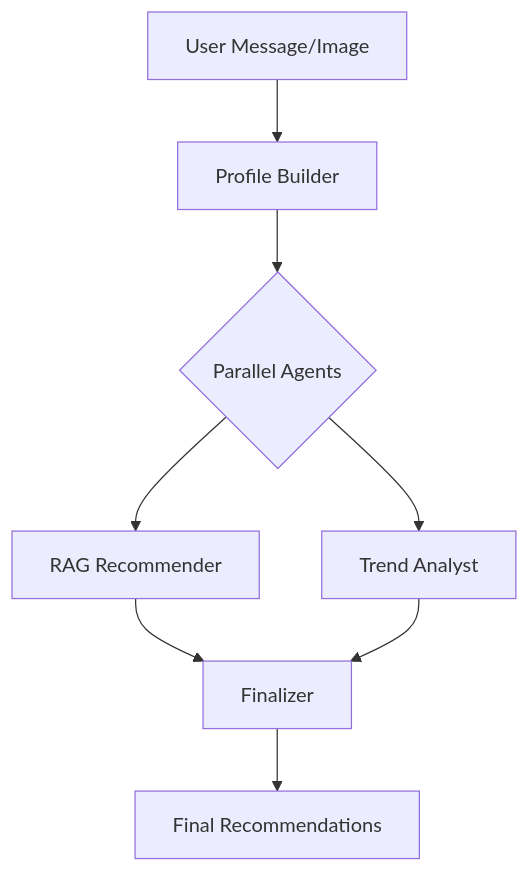
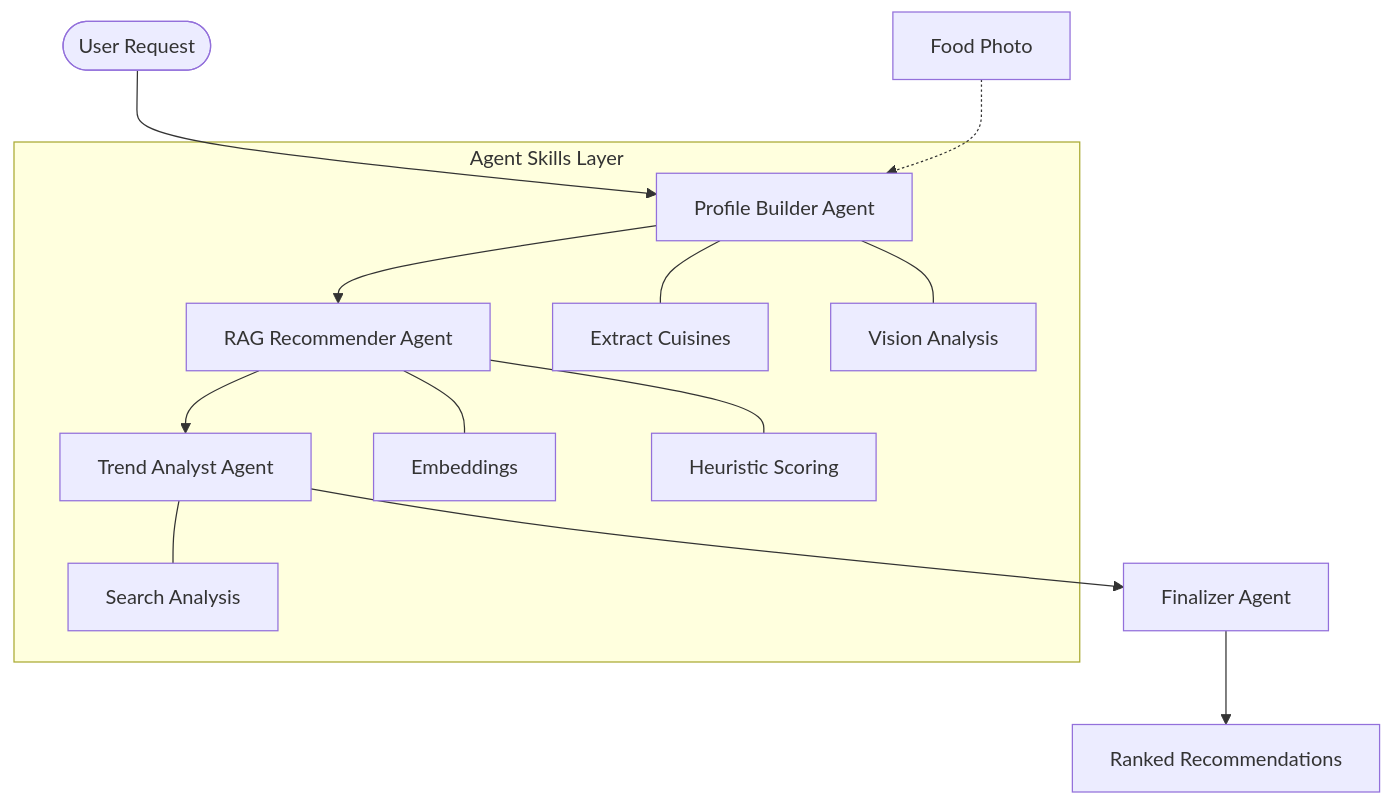
One commit to darshil0/DineAI changed the diagram in DESIGN.md. Above: the diagram before and after it, drawn with Mermaid. The commit also changed other lines of this file and 1 other file, not shown here.

Commit message:
docs: finalize DESIGN and SKILLS documentation to Google Standards (v2.2.6)

````diff
--- a/DESIGN.md
+++ b/DESIGN.md
@@ -9,10 +9,17 @@
 ```mermaid
 graph TD
-    A[User Message/Image] --> B[Profile Builder]
-    B --> C{Parallel Agents}
-    C --> D[RAG Recommender]
-    C --> E[Trend Analyst]
-    D --> F[Finalizer]
-    E --> F
-    F --> G[Final Recommendations]
+    User([User Request]) --> PB[Profile Builder Agent]
+    Image[Food Photo] -.-> PB
+    PB --> RR[RAG Recommender Agent]
+    RR --> TA[Trend Analyst Agent]
+    TA --> FA[Finalizer Agent]
+    FA --> Output[Ranked Recommendations]
+    
+    subgraph "Agent Skills Layer"
+    PB --- SK1[Extract Cuisines]
+    PB --- SK2[Vision Analysis]
+    RR --- SK3[Embeddings]
+    RR --- SK4[Heuristic Scoring]
+    TA --- SK5[Search Analysis]
+    end
 ```
````
